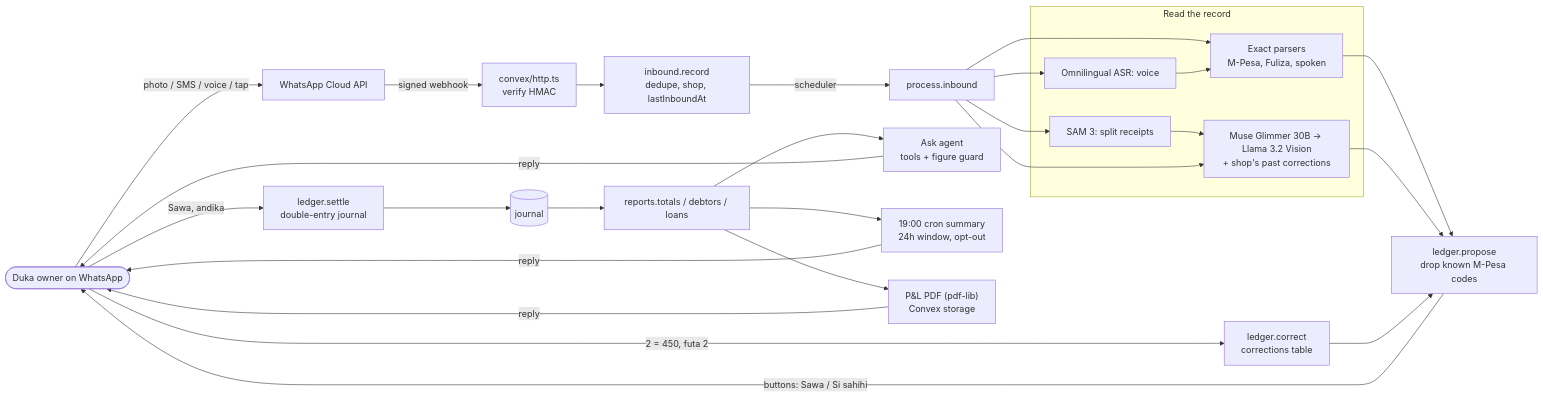
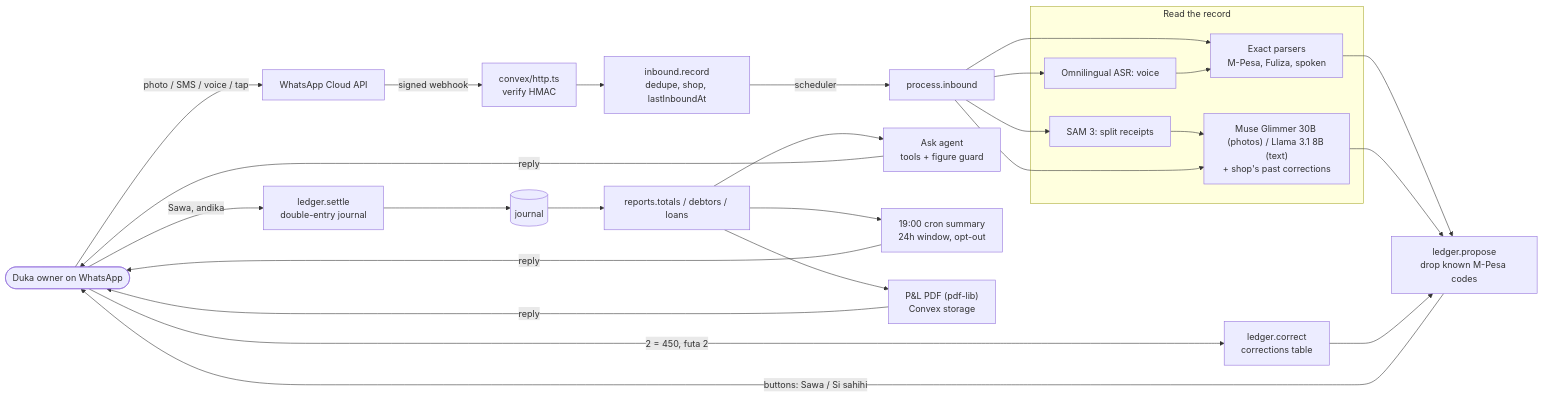
Before and after one commit to fondoadam/duka-books: the diagram in README.md, drawn with Mermaid. The commit also changed other lines of this file and 2 other files, not shown here.

Commit message:
docs: what runs where without a Meta key (Muse Glimmer for photos, Llama 3.1 8B on our Mac for text)

````diff
--- a/README.md
+++ b/README.md
@@ -97,31 +100,31 @@
 ```mermaid
 flowchart LR
   owner([Duka owner on WhatsApp]) -- photo / SMS / voice / tap --> wa[WhatsApp Cloud API]
   wa -- signed webhook --> http["convex/http.ts<br/>verify HMAC"]
   http --> inbound["inbound.record<br/>dedupe, shop, lastInboundAt"]
   inbound -- scheduler --> process["process.inbound"]
 
   subgraph read [Read the record]
     mpesa["Exact parsers<br/>M-Pesa, Fuliza, spoken"]
     sam["SAM 3: split receipts"]
     asr["Omnilingual ASR: voice"]
-    spark["Muse Glimmer 30B → Llama 3.2 Vision<br/>+ shop's past corrections"]
+    spark["Muse Glimmer 30B (photos) / Llama 3.1 8B (text)<br/>+ shop's past corrections"]
   end
   process --> mpesa
   process --> sam --> spark
   process --> asr --> mpesa
   process --> spark
 
   mpesa & spark --> proposal["ledger.propose<br/>drop known M-Pesa codes"]
   proposal -- "buttons: Sawa / Si sahihi" --> owner
   owner -- "2 = 450, futa 2" --> fix["ledger.correct<br/>corrections table"]
   fix --> proposal
   owner -- Sawa, andika --> settle["ledger.settle<br/>double-entry journal"]
 
   settle --> journal[(journal)]
   journal --> reports["reports.totals / debtors / loans"]
   reports --> ask["Ask agent<br/>tools + figure guard"]
   reports --> summary["19:00 cron summary<br/>24h window, opt-out"]
   reports --> pnl["P&L PDF (pdf-lib)<br/>Convex storage"]
   ask & summary & pnl -- reply --> owner
 ```
````
